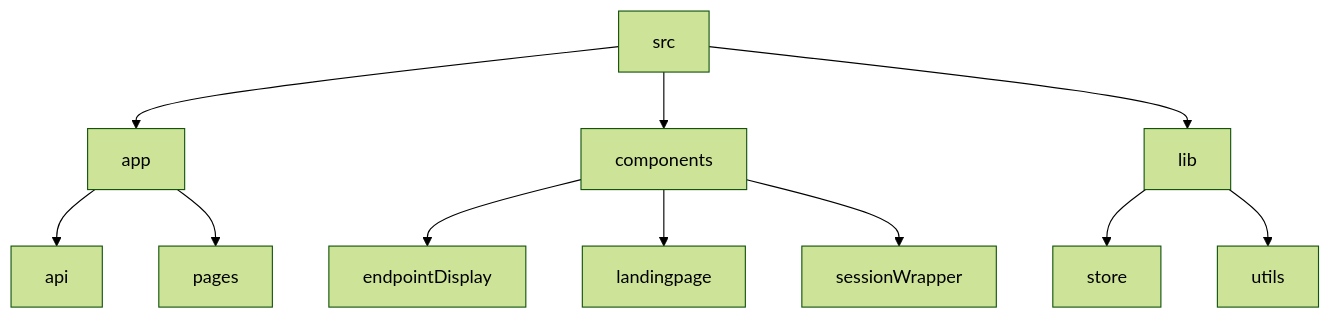
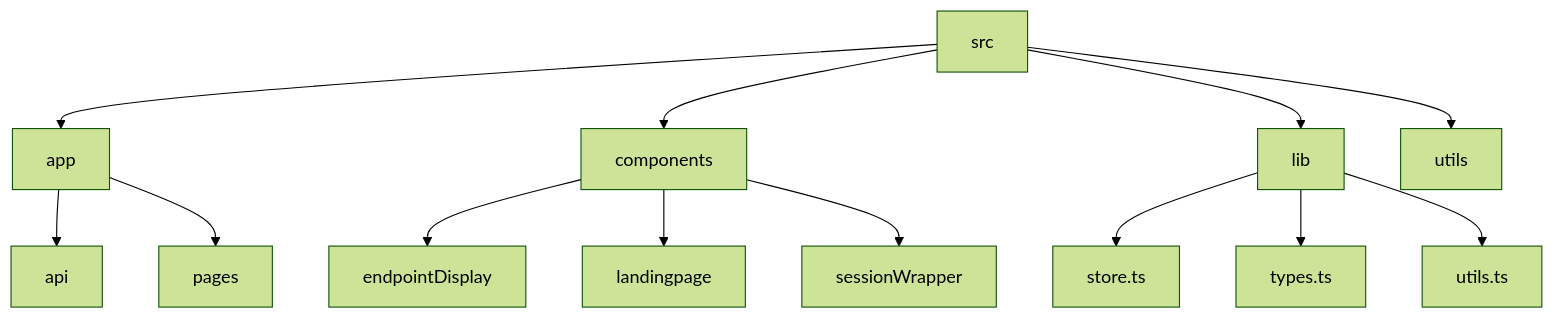
One commit to abhraneeldhar7/no-sleep-app changed the diagram in README.md. Above: the diagram before and after it, drawn with Mermaid (forest theme). The commit also changed other lines of this file, not shown here.

````diff
--- a/README.md
+++ b/README.md
@@ -31,13 +21,15 @@
 ```mermaid
 graph TD;
   src-->app;
   src-->components;
   src-->lib;
+  src-->utils;
   app-->api;
   app-->pages;
   components-->endpointDisplay;
   components-->landingpage;
   components-->sessionWrapper;
-  lib-->store;
-  lib-->utils;
+  lib-->store.ts;
+  lib-->types.ts;
+  lib-->utils.ts;
 ```
````
